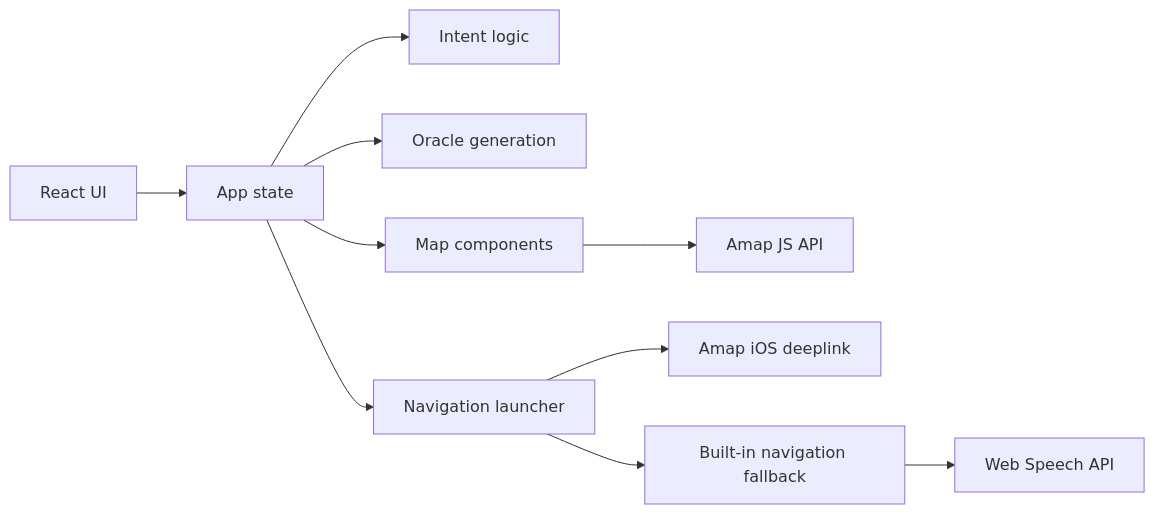
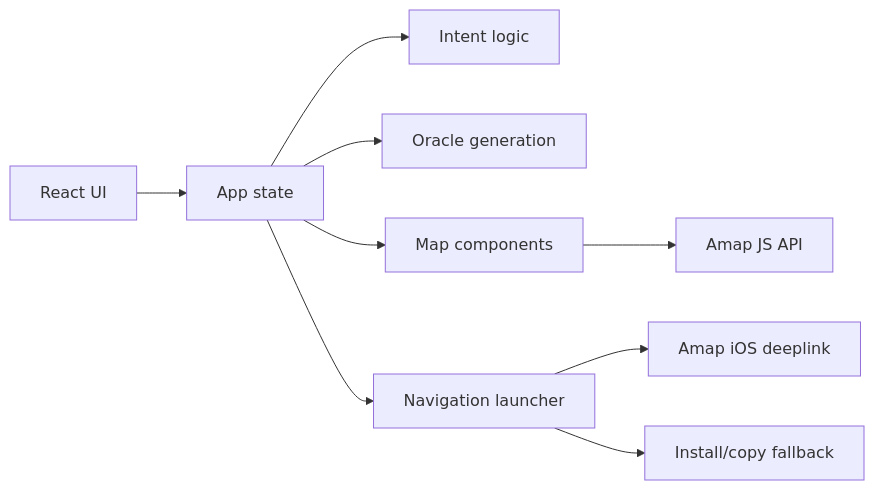
One commit to qinheming/lingyan-mvp changed the second of 2 diagrams in README.md. Above: the diagram before and after it, drawn with Mermaid. The commit also changed other lines of this file and 2 other files, not shown here.

Commit message:
Use Amap app for native navigation

````diff
--- a/README.md
+++ b/README.md
@@ -52,12 +51,11 @@
 ```mermaid
 flowchart LR
     UI["React UI"] --> App["App state"]
     App --> Intent["Intent logic"]
     App --> Oracle["Oracle generation"]
     App --> Map["Map components"]
     Map --> Amap["Amap JS API"]
     App --> Nav["Navigation launcher"]
     Nav --> Native["Amap iOS deeplink"]
-    Nav --> BuiltIn["Built-in navigation fallback"]
-    BuiltIn --> Speech["Web Speech API"]
+    Nav --> Fallback["Install/copy fallback"]
 ```
````
